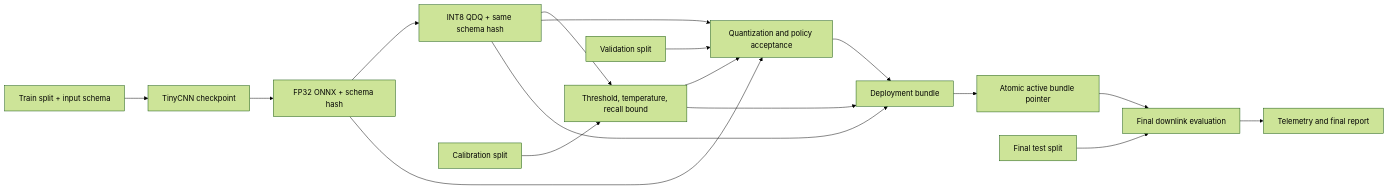
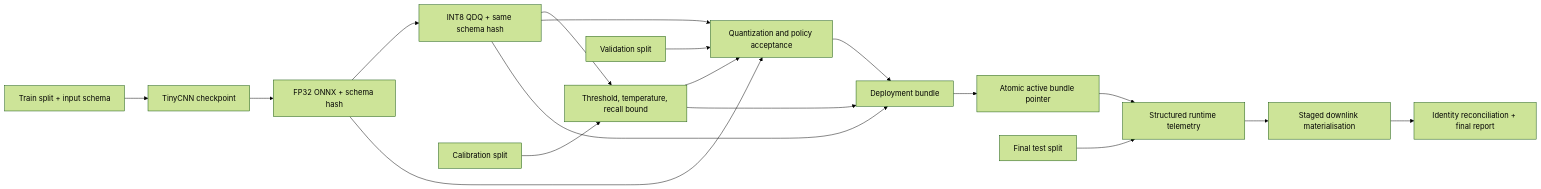
The diagram in README.md (sylvesterkaczmarek/phisat2-trustworthy-onboard-ai), drawn with Mermaid (forest theme) before and after one commit. The commit also changed other lines of this file, not shown here.

Commit message:
Document runtime telemetry and filesystem safety

````diff
--- a/README.md
+++ b/README.md
@@ -15,19 +15,20 @@
 ```mermaid
 flowchart LR
     A[Train split + input schema] --> B[TinyCNN checkpoint]
     B --> C[FP32 ONNX + schema hash]
     C --> D[INT8 QDQ + same schema hash]
     E[Calibration split] --> F[Threshold, temperature, recall bound]
     D --> F
     V[Validation split] --> G[Quantization and policy acceptance]
     C --> G
     D --> G
     F --> G
     D --> K[Deployment bundle]
     F --> K
     G --> K
     K --> L[Atomic active bundle pointer]
-    T[Final test split] --> H[Final downlink evaluation]
+    T[Final test split] --> H[Structured runtime telemetry]
     L --> H
-    H --> J[Telemetry and final report]
+    H --> I[Staged downlink materialisation]
+    I --> J[Identity reconciliation + final report]
 ```
````
